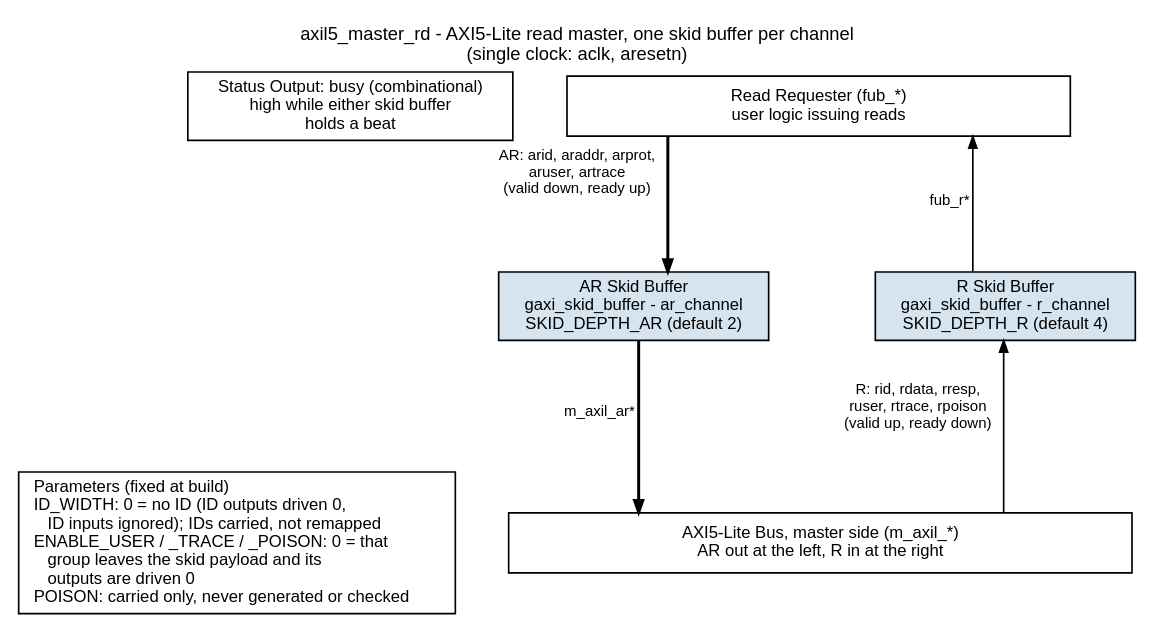
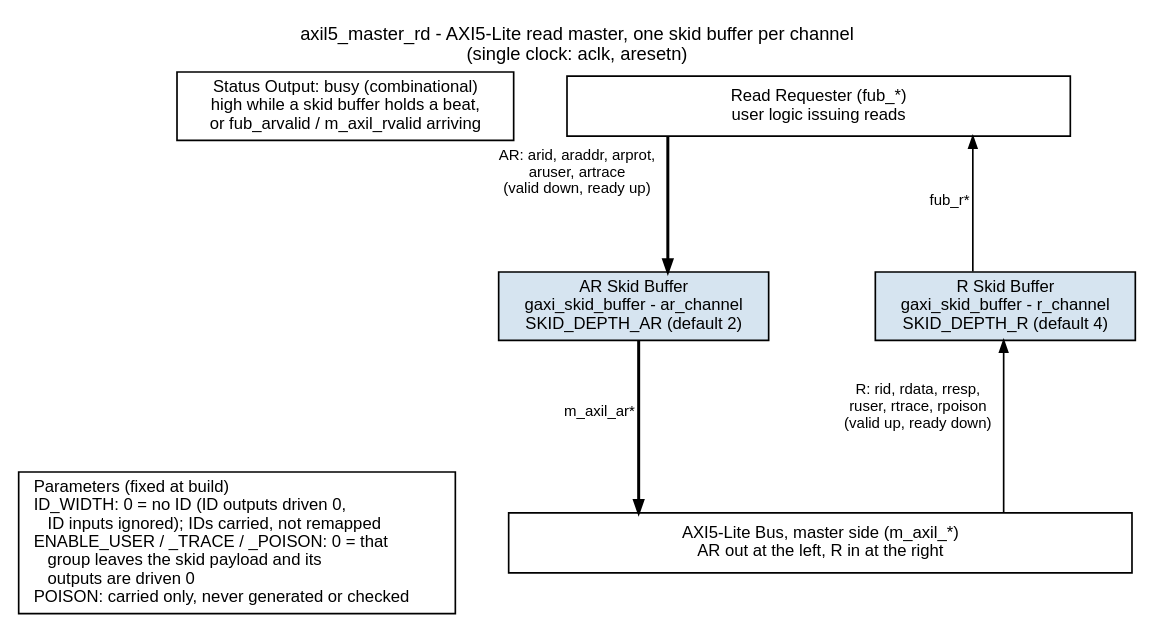
The diagram in docs/markdown/assets/rtl-amba/graphviz/axil5_master_rd.dot (sean-galloway/RTLDesignSherpa), drawn with Graphviz before and after one commit. The commit also changed 291 other files, not shown here.

```diff
--- a/docs/markdown/assets/rtl-amba/graphviz/axil5_master_rd.dot
+++ b/docs/markdown/assets/rtl-amba/graphviz/axil5_master_rd.dot
@@ -1,35 +1,35 @@
 // axil5_master_rd block diagram - house style (vault/handbook/authoring/block-diagrams.md).
 // Generated from the axil4 family template so axil4 and axil5 bases look alike.
 // The requester side is the top port, the completer side the bottom bar.
 // Requests run top-down through their skid buffers; the response climbs its own
 // lane on the right. Each hop is one edge: valid + payload one way, ready the other.
 // AXI5-Lite adds carried fields only (ID, USER, TRACE, POISON) -- see the legend.
 // Source of truth: rtl/amba/axil5/axil5_master_rd.sv.
 digraph axil5_master_rd {
     graph [rankdir=TB, bgcolor="white", fontname="Helvetica", fontsize=11,
            nodesep="0.45", ranksep="1.1", splines=ortho, newrank=true,
            label="axil5_master_rd - AXI5-Lite read master, one skid buffer per channel\n(single clock: aclk, aresetn)",
            labelloc=t, labeljust=c];
     node  [fontname="Helvetica", fontsize=10, shape=box, style=filled,
            fillcolor="#D6E4F0", color="black", margin="0.12,0.06"];
     edge  [fontname="Helvetica", fontsize=9, color="black", arrowsize=0.7];
 
     prm  [label="Parameters (fixed at build)\lID_WIDTH: 0 = no ID (ID outputs driven 0,\l    ID inputs ignored); IDs carried, not remapped\lENABLE_USER / _TRACE / _POISON: 0 = that\l    group leaves the skid payload and its\l    outputs are driven 0\lPOISON: carried only, never generated or checked\l", fillcolor="white"];
     top  [label="Read Requester (fub_*)\nuser logic issuing reads", fillcolor="white", width=4.2];
     ar   [label="AR Skid Buffer\ngaxi_skid_buffer - ar_channel\nSKID_DEPTH_AR (default 2)"];
     r    [label="R Skid Buffer\ngaxi_skid_buffer - r_channel\nSKID_DEPTH_R (default 4)"];
-    busyo [label="Status Output: busy (combinational)\nhigh while either skid buffer\nholds a beat", fillcolor="white"];
+    busyo [label="Status Output: busy (combinational)\nhigh while a skid buffer holds a beat,\nor fub_arvalid / m_axil_rvalid arriving", fillcolor="white"];
     bot  [label="AXI5-Lite Bus, master side (m_axil_*)\nAR out at the left, R in at the right", fillcolor="white", width=5.2];
 
     top -> ar  [xlabel="AR: arid, araddr, arprot,\naruser, artrace\n(valid down, ready up)", penwidth=1.8];
     ar  -> bot [xlabel="m_axil_ar*", penwidth=1.8];
     r   -> bot [dir=back, xlabel="R: rid, rdata, rresp,\nruser, rtrace, rpoison\n(valid up, ready down)"];
     top -> r   [dir=back, xlabel="fub_r*"];
 
     { rank=same; ar; r; }
     ar -> r [style=invis, minlen=2];
     { rank=same; busyo; top; }
     busyo -> top [style=invis];
     { rank=same; prm; bot; }
     prm -> bot [style=invis];
 }
```
